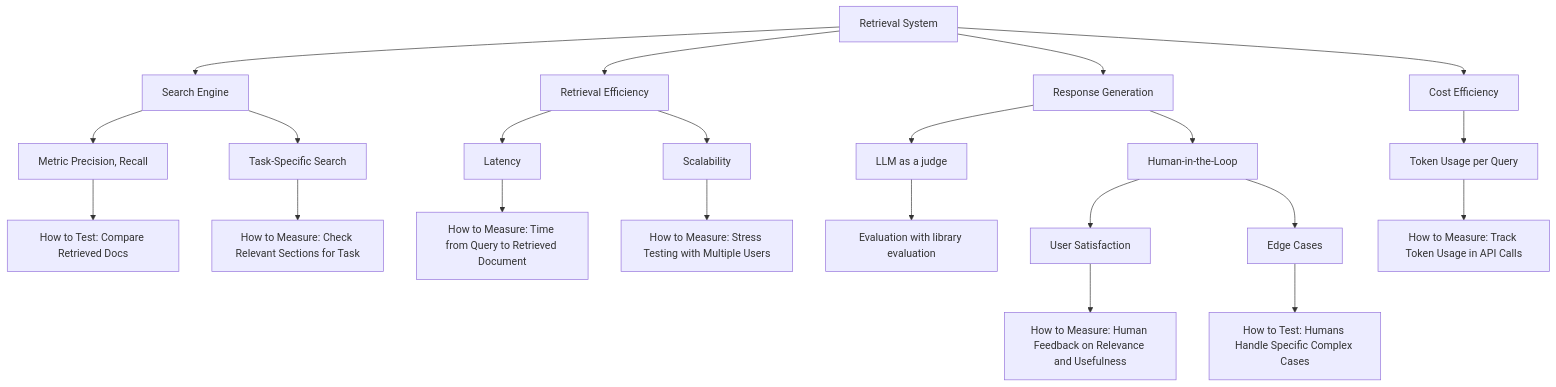
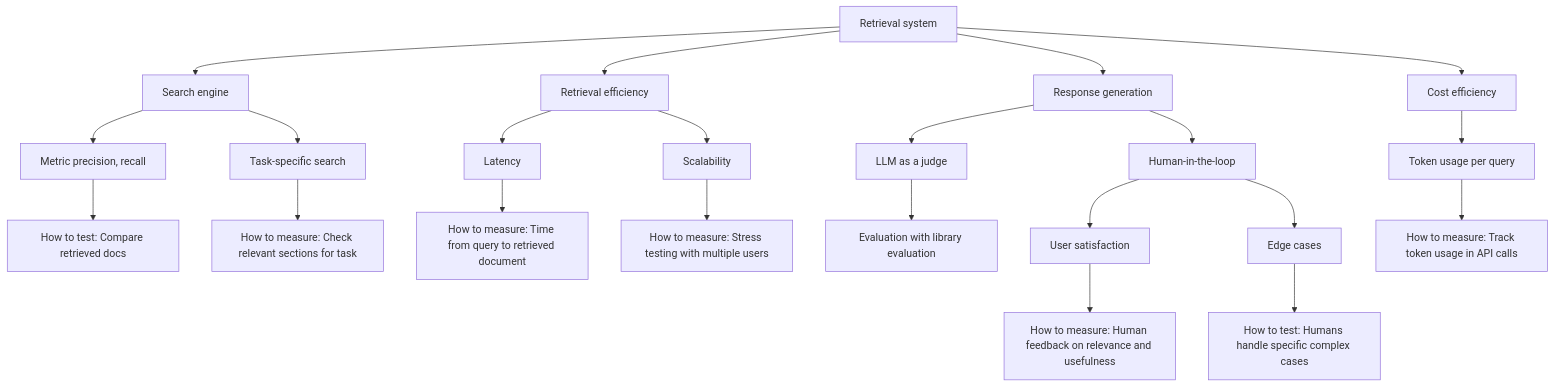
The first of 4 diagrams in AI/Building LLM system/evaluation-guideline-for-LLM-application.md (dwarvesf/playground), drawn with Mermaid before and after one commit. The commit also changed other lines of this file and 17 other files, not shown here.

````diff
--- a/AI/Building LLM system/evaluation-guideline-for-LLM-application.md
+++ b/AI/Building LLM system/evaluation-guideline-for-LLM-application.md
@@ -45,28 +46,28 @@
 ```mermaid
 graph TD
-    A[Retrieval System] --> B[Search Engine]
-    B --> C[Metric Precision, Recall]
-    C --> F[How to Test: Compare Retrieved Docs]
-    B --> D[Task-Specific Search]
-    D --> G[How to Measure: Check Relevant Sections for Task]
+    A[Retrieval system] --> B[Search engine]
+    B --> C[Metric precision, recall]
+    C --> F[How to test: Compare retrieved docs]
+    B --> D[Task-specific search]
+    D --> G[How to measure: Check relevant sections for task]
 
-    A --> H[Retrieval Efficiency]
+    A --> H[Retrieval efficiency]
     H --> I[Latency]
-    I --> J[How to Measure: Time from Query to Retrieved Document]
+    I --> J[How to measure: Time from query to retrieved document]
     H --> K[Scalability]
-    K --> L[How to Measure: Stress Testing with Multiple Users]
+    K --> L[How to measure: Stress testing with multiple users]
 
-    A --> M[Response Generation]
+    A --> M[Response generation]
     M --> N[LLM as a judge]
     N --> P[Evaluation with library evaluation]
 
-    M --> R[Human-in-the-Loop]
-    R --> S[User Satisfaction]
-    S --> T[How to Measure: Human Feedback on Relevance and Usefulness]
-    R --> U[Edge Cases]
-    U --> V[How to Test: Humans Handle Specific Complex Cases]
+    M --> R[Human-in-the-loop]
+    R --> S[User satisfaction]
+    S --> T[How to measure: Human feedback on relevance and usefulness]
+    R --> U[Edge cases]
+    U --> V[How to test: Humans handle specific complex cases]
 
-    A --> W[Cost Efficiency]
-    W --> X[Token Usage per Query]
-    X --> Y[How to Measure: Track Token Usage in API Calls]
+    A --> W[Cost efficiency]
+    W --> X[Token usage per query]
+    X --> Y[How to measure: Track token usage in API calls]
 ```
````
